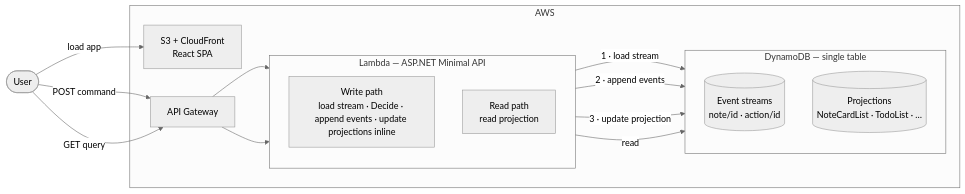
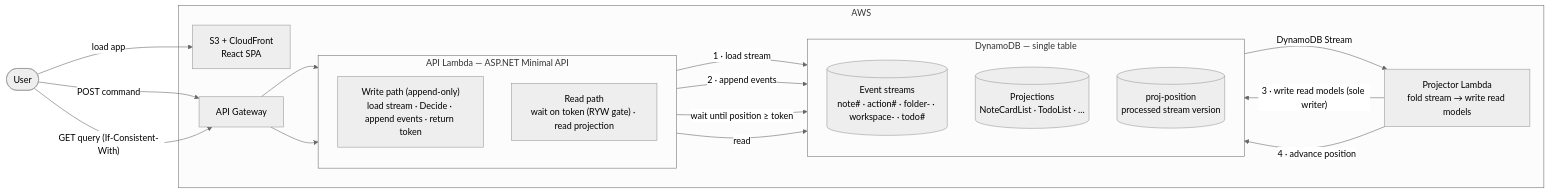
Before and after one commit to simonkirkham/ai-note-taker: the diagram in docs/architecture.md, drawn with Mermaid (neutral theme). The commit also changed other lines of this file and 5 other files, not shown here.

First line of the commit message:
docs: complete the RYW cutover — architecture.md + ADR 0009; drop dead DI line (RYW-4) (#274)

````diff
--- a/docs/architecture.md
+++ b/docs/architecture.md
@@ -60,33 +60,39 @@
 ```mermaid
 flowchart LR
     User([User])
 
     subgraph AWS [AWS]
         CDN["S3 + CloudFront\nReact SPA"]
         APIGW["API Gateway"]
 
-        subgraph Lambda ["Lambda — ASP.NET Minimal API"]
+        subgraph Lambda ["API Lambda — ASP.NET Minimal API"]
             direction TB
-            WR["Write path\nload stream · Decide · append events · update projections inline"]
-            RD["Read path\nread projection"]
+            WR["Write path (append-only)\nload stream · Decide · append events · return token"]
+            RD["Read path\nwait on token (RYW gate) · read projection"]
         end
+
+        PRJ["Projector Lambda\nfold stream → write read models"]
 
         subgraph DB ["DynamoDB — single table"]
             direction TB
-            ES[("Event streams\nnote/id · action/id")]
+            ES[("Event streams\nnote# · action# · folder- · workspace- · todo#")]
             RM[("Projections\nNoteCardList · TodoList · …")]
+            POS[("proj-position\nprocessed stream version")]
         end
     end
 
     User -- "load app" --> CDN
     User -- "POST command" --> APIGW
-    User -- "GET query" --> APIGW
+    User -- "GET query (If-Consistent-With)" --> APIGW
 
     APIGW --> WR
     APIGW --> RD
 
     WR -- "1 · load stream" --> ES
     WR -- "2 · append events" --> ES
-    WR -- "3 · update projection" --> RM
+    ES -- "DynamoDB Stream" --> PRJ
+    PRJ -- "3 · write read models (sole writer)" --> RM
+    PRJ -- "4 · advance position" --> POS
+    RD -- "wait until position ≥ token" --> POS
     RD -- "read" --> RM
 ```
````
